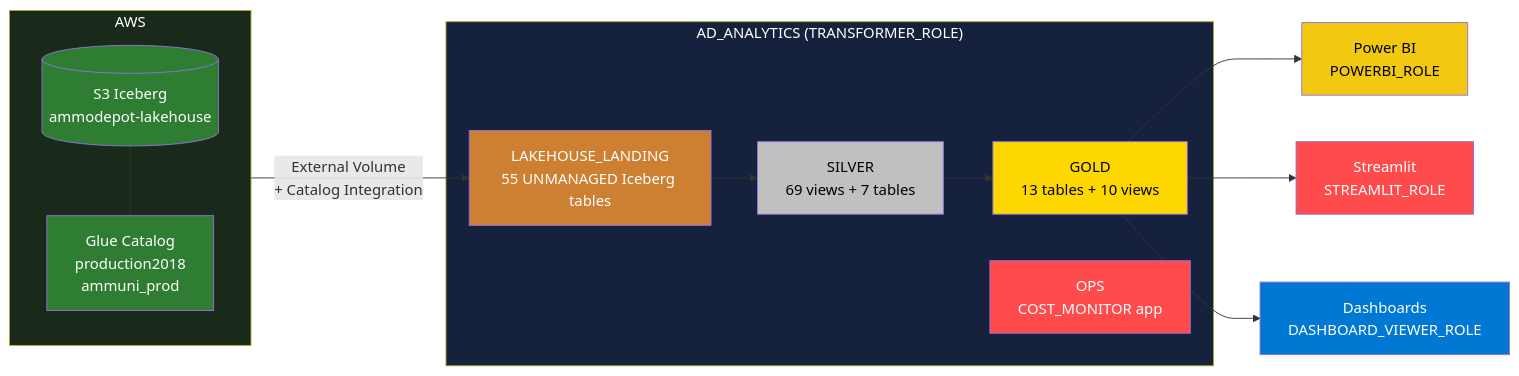
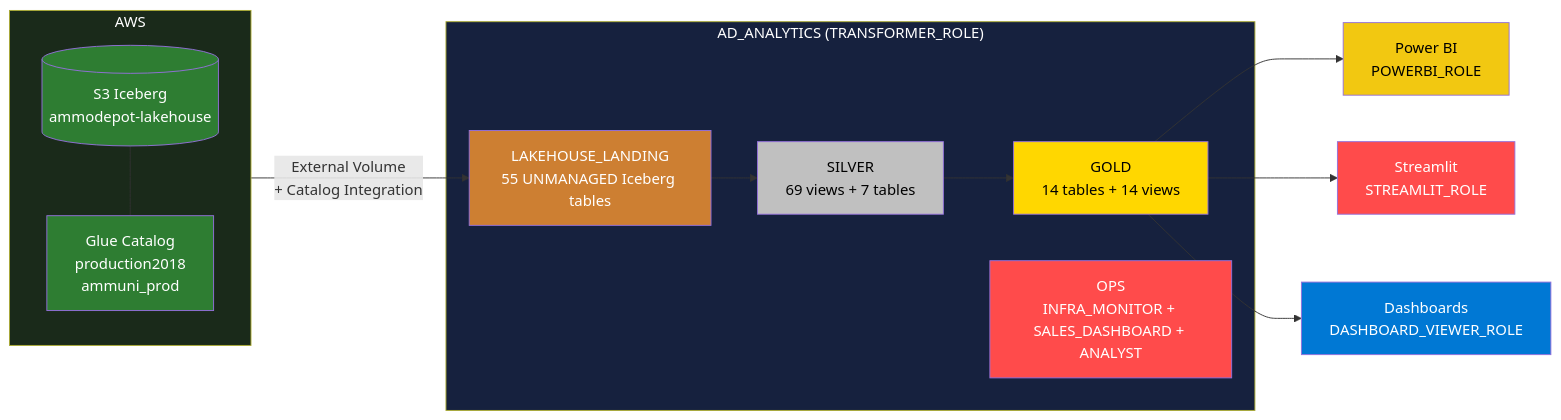
One commit to trinityBI-HQ/dbt_ammodepot changed the third of 3 diagrams in README.md. Above: the diagram before and after it, drawn with Mermaid. The commit also changed other lines of this file and 3 other files, not shown here.

````diff
--- a/README.md
+++ b/README.md
@@ -73,35 +75,35 @@
 ```mermaid
 flowchart LR
     subgraph AWS["AWS"]
         S3[(S3 Iceberg<br/>ammodepot-lakehouse)]
         GL[Glue Catalog<br/>production2018<br/>ammuni_prod]
         S3 --- GL
     end
 
     subgraph AD_ANALYTICS["AD_ANALYTICS (TRANSFORMER_ROLE)"]
         LL[LAKEHOUSE_LANDING<br/>55 UNMANAGED Iceberg tables]
         SIL[SILVER<br/>69 views + 7 tables]
-        GOL[GOLD<br/>13 tables + 10 views]
-        OPS[OPS<br/>COST_MONITOR app]
+        GOL[GOLD<br/>14 tables + 14 views]
+        OPS[OPS<br/>INFRA_MONITOR + SALES_DASHBOARD + ANALYST]
     end
 
     AWS -->|External Volume<br/>+ Catalog Integration| LL
     LL --> SIL
     SIL --> GOL
 
     GOL --> PBI[Power BI<br/>POWERBI_ROLE]
     GOL --> STR[Streamlit<br/>STREAMLIT_ROLE]
     GOL --> DV[Dashboards<br/>DASHBOARD_VIEWER_ROLE]
 
     style AWS fill:#1a2a1a,color:#fff
     style S3 fill:#2e7d32,color:#fff
     style GL fill:#2e7d32,color:#fff
     style AD_ANALYTICS fill:#16213e,color:#fff
     style LL fill:#cd7f32,color:#fff
     style SIL fill:#c0c0c0,color:#000
     style GOL fill:#ffd700,color:#000
     style OPS fill:#ff4b4b,color:#fff
     style PBI fill:#f2c811,color:#000
     style STR fill:#ff4b4b,color:#fff
     style DV fill:#0078d4,color:#fff
 ```
````
